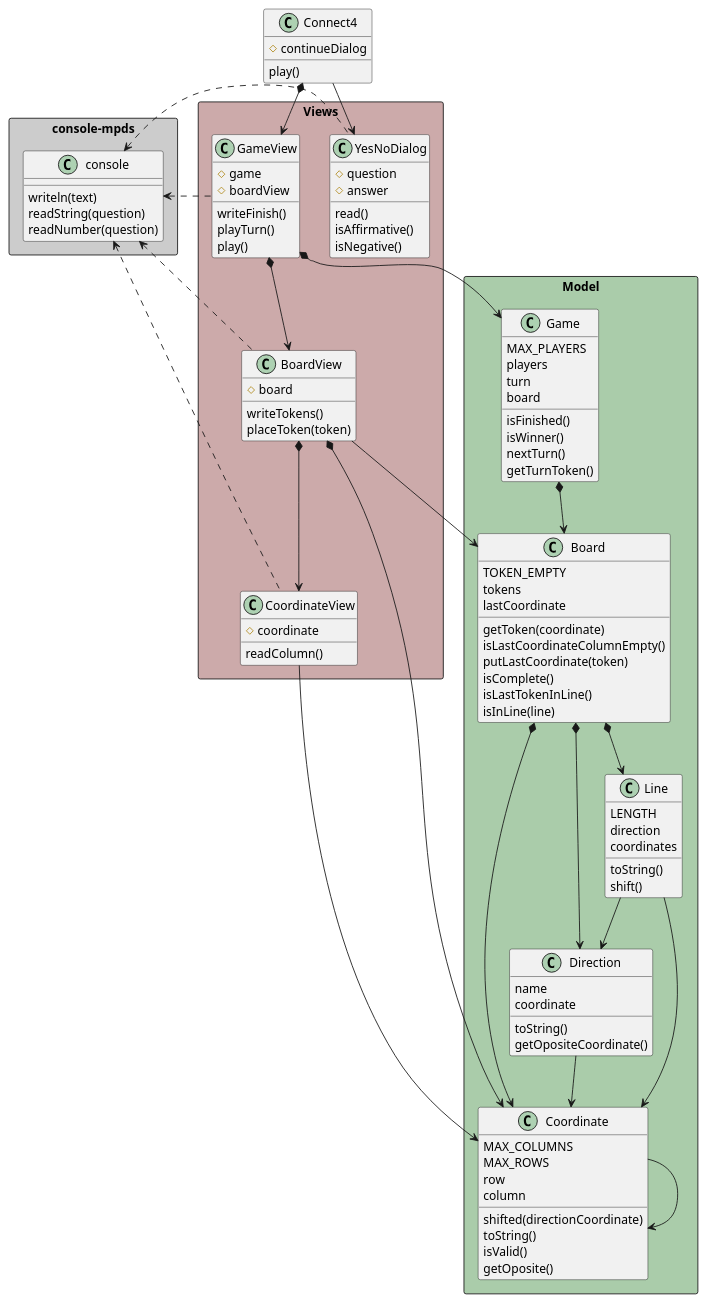
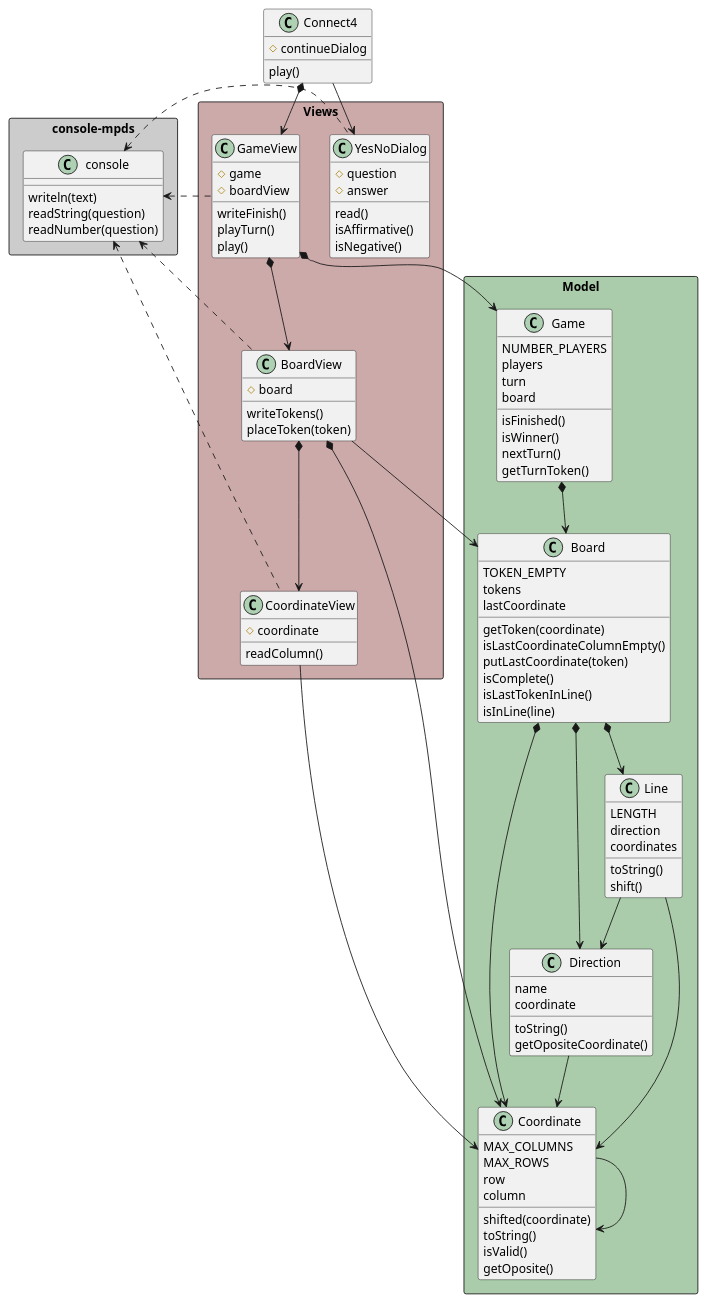
The diagram in game-connect4/docs/diagrams/objectOriented/constructorFunction/class diagram.plantuml (mpaulaherrero/escuelaIT), drawn with PlantUML before and after one commit. The commit also changed 2 other files, not shown here.

Commit message:
NUMBER_PLAYERS y directionCoordinate

```diff
--- a/game-connect4/docs/diagrams/objectOriented/constructorFunction/class diagram.plantuml
+++ b/game-connect4/docs/diagrams/objectOriented/constructorFunction/class diagram.plantuml
@@ -1,126 +1,126 @@
 @startuml connect4_constructorFunction_classdiagram
 
 package "console-mpds" <<Rectangle>> #ccc {
     class console {
         writeln(text)
         readString(question)
         readNumber(question)
     }
 }
 
 package "Model" <<Rectangle>> #aca {
     class Coordinate {
         MAX_COLUMNS
         MAX_ROWS
         row
         column
-        shifted(directionCoordinate)
+        shifted(coordinate)
         toString()
         isValid()
         getOposite()
     }
 
     class Direction {
         name
         coordinate
         toString()
         getOpositeCoordinate()
     }
 
     class Line {
         LENGTH
         direction
         coordinates
         toString()
         shift()
     }
 
     class Board {
         TOKEN_EMPTY
         tokens
         lastCoordinate
         getToken(coordinate)
         isLastCoordinateColumnEmpty()
         putLastCoordinate(token)
         isComplete()
         isLastTokenInLine()
         isInLine(line)
     }
 
     class Game {
-        MAX_PLAYERS
+        NUMBER_PLAYERS
         players
         turn
         board
         isFinished()
         isWinner()
         nextTurn()
         getTurnToken()
     }
 }
 
 package "Views" <<Rectangle>> #caa {
     class CoordinateView {
         #coordinate
         readColumn()
     }
 
     class BoardView{
         #board
         writeTokens()
         placeToken(token)
     }
 
     class GameView {
         #game
         #boardView
         writeFinish()
         playTurn()
         play()
     }
 
     class YesNoDialog {
         #question
         #answer
         read()
         isAffirmative()
         isNegative()
     }
 }
 
 class Connect4 {
     #continueDialog
     play()
 }
 
 Coordinate -> Coordinate
 
 CoordinateView -> Coordinate
 
 Direction -down-> Coordinate
 
 Line -down-> Coordinate
 Line -down-> Direction
 
 Board *-down-> Coordinate
 Board *-down-> Direction
 Board *-down-> Line
 
 BoardView *-down-> CoordinateView
 BoardView -down-> Board
 BoardView *-down-> Coordinate
 
 Game *-down-> Board
 
 GameView *-down-> Game
 GameView *-down-> BoardView
 
 Connect4 -down-> YesNoDialog
 Connect4 *-down-> GameView
 
 YesNoDialog .-l-> console
 GameView .-l-> console
 BoardView .-l-> console
 CoordinateView .-l-> console
 
 @enduml
```
